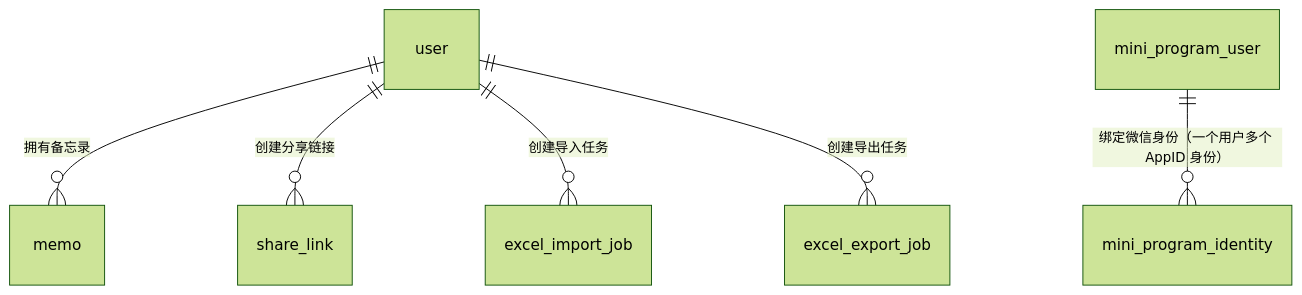
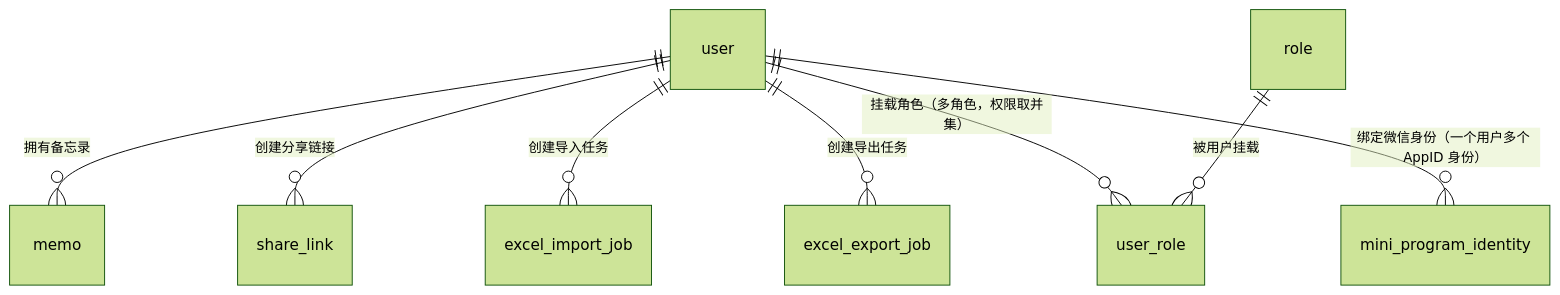
Before and after one commit to Sakana-1314/Electrical-Manager: the seventh of 21 diagrams in docs/websites/pages/dev-data-model.md, drawn with Mermaid (forest theme). The commit also changed other lines of this file and 65 other files, not shown here.

````diff
--- a/docs/websites/pages/dev-data-model.md
+++ b/docs/websites/pages/dev-data-model.md
@@ -252,8 +253,10 @@
 ```mermaid
 erDiagram
     user ||--o{ memo : "拥有备忘录"
     user ||--o{ share_link : "创建分享链接"
     user ||--o{ excel_import_job : "创建导入任务"
     user ||--o{ excel_export_job : "创建导出任务"
-    mini_program_user ||--o{ mini_program_identity : "绑定微信身份（一个用户多个 AppID 身份）"
+    user ||--o{ user_role : "挂载角色（多角色，权限取并集）"
+    role ||--o{ user_role : "被用户挂载"
+    user ||--o{ mini_program_identity : "绑定微信身份（一个用户多个 AppID 身份）"
 ```
````
